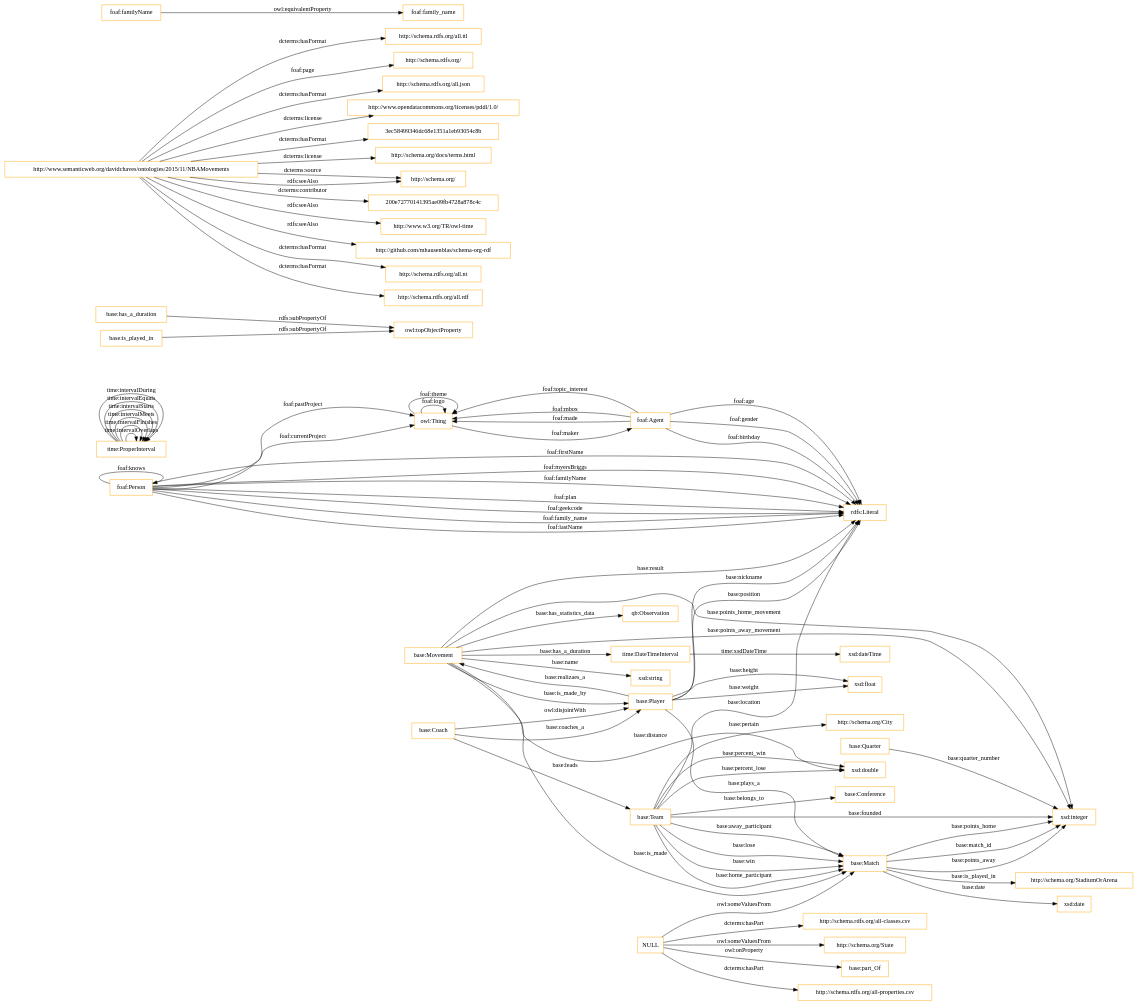
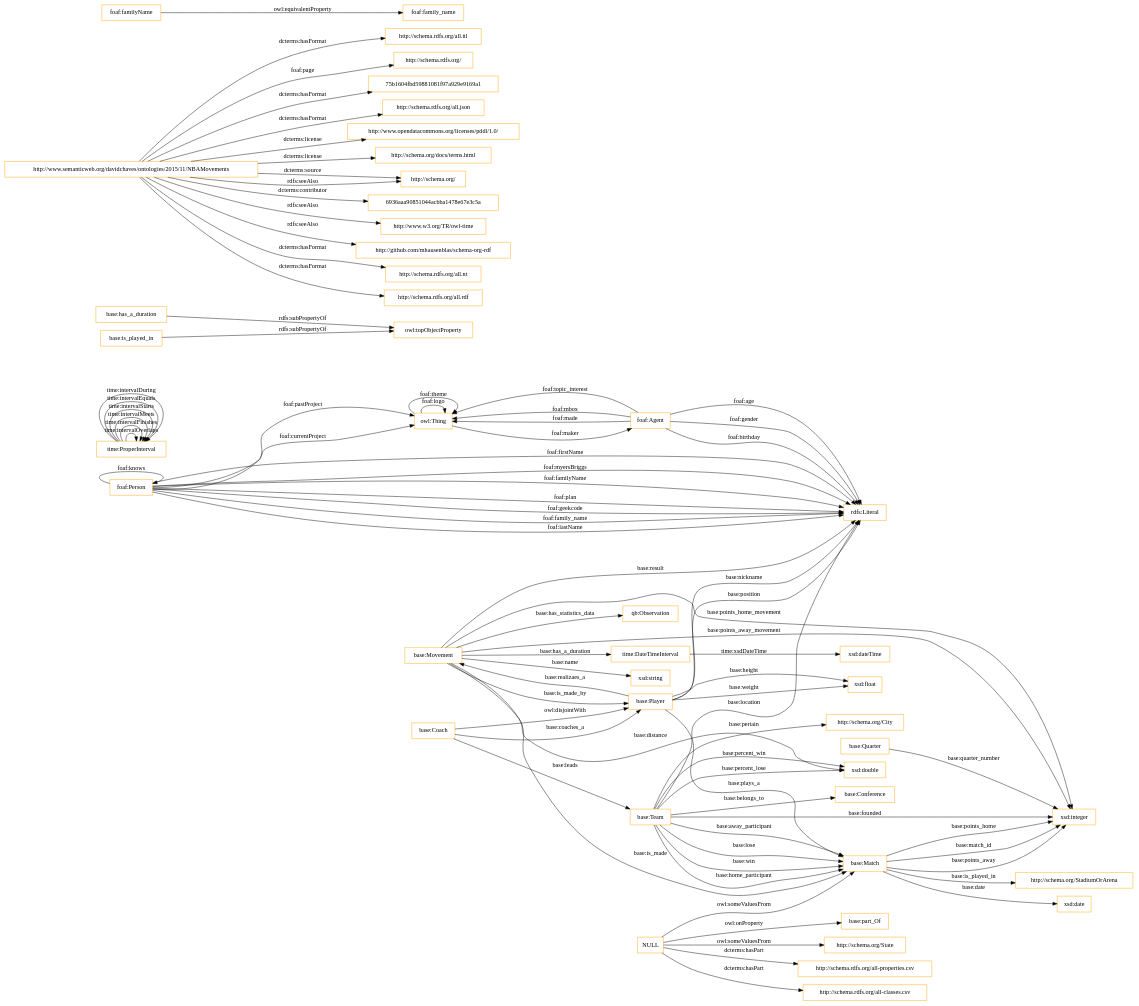
One commit to OnToologyUser/nba-ontology changed the diagram in OnToology/ontology/nba.ttl/diagrams/ar2dtool-class/nba.ttl.png.dot. Above: the diagram before and after it, drawn with Graphviz. The commit also changed 26 other files, not shown here.

```diff
--- a/OnToology/ontology/nba.ttl/diagrams/ar2dtool-class/nba.ttl.png.dot
+++ b/OnToology/ontology/nba.ttl/diagrams/ar2dtool-class/nba.ttl.png.dot
@@ -1,87 +1,87 @@
 digraph ar2dtool_diagram { 
 rankdir=LR;
 size="1501"
 node [shape = rectangle, color="orange"]; "time:DateTimeInterval" "base:Team" "base:Coach" "time:ProperInterval" "http://schema.org/State" "http://schema.org/City" "foaf:Person" "base:Player" "base:Quarter" "http://schema.org/StadiumOrArena" "base:Match" "qb:Observation" "base:Movement" "base:Conference" ; /*classes style*/
 	"base:Coach" -> "base:Player" [ label = "owl:disjointWith" ];
 	"base:has_a_duration" -> "owl:topObjectProperty" [ label = "rdfs:subPropertyOf" ];
 	"http://www.semanticweb.org/davidchaves/ontologies/2015/11/NBAMovements" -> "http://schema.rdfs.org/all.ttl" [ label = "dcterms:hasFormat" ];
 	"http://www.semanticweb.org/davidchaves/ontologies/2015/11/NBAMovements" -> "http://schema.rdfs.org/" [ label = "foaf:page" ];
+	"http://www.semanticweb.org/davidchaves/ontologies/2015/11/NBAMovements" -> "75b1604fbd59881081f97a929e9169a1" [ label = "dcterms:hasFormat" ];
 	"http://www.semanticweb.org/davidchaves/ontologies/2015/11/NBAMovements" -> "http://schema.rdfs.org/all.json" [ label = "dcterms:hasFormat" ];
 	"http://www.semanticweb.org/davidchaves/ontologies/2015/11/NBAMovements" -> "http://www.opendatacommons.org/licenses/pddl/1.0/" [ label = "dcterms:license" ];
-	"http://www.semanticweb.org/davidchaves/ontologies/2015/11/NBAMovements" -> "3ec58499346dc68e1351a1eb93054c8b" [ label = "dcterms:hasFormat" ];
 	"http://www.semanticweb.org/davidchaves/ontologies/2015/11/NBAMovements" -> "http://schema.org/docs/terms.html" [ label = "dcterms:license" ];
 	"http://www.semanticweb.org/davidchaves/ontologies/2015/11/NBAMovements" -> "http://schema.org/" [ label = "dcterms:source" ];
-	"http://www.semanticweb.org/davidchaves/ontologies/2015/11/NBAMovements" -> "200e72770141395ae09fb4728a878c4c" [ label = "dcterms:contributor" ];
+	"http://www.semanticweb.org/davidchaves/ontologies/2015/11/NBAMovements" -> "6936aaa90851044acbba1478e67e3c5a" [ label = "dcterms:contributor" ];
 	"http://www.semanticweb.org/davidchaves/ontologies/2015/11/NBAMovements" -> "http://www.w3.org/TR/owl-time" [ label = "rdfs:seeAlso" ];
 	"http://www.semanticweb.org/davidchaves/ontologies/2015/11/NBAMovements" -> "http://schema.org/" [ label = "rdfs:seeAlso" ];
 	"http://www.semanticweb.org/davidchaves/ontologies/2015/11/NBAMovements" -> "http://github.com/mhausenblas/schema-org-rdf" [ label = "rdfs:seeAlso" ];
 	"http://www.semanticweb.org/davidchaves/ontologies/2015/11/NBAMovements" -> "http://schema.rdfs.org/all.nt" [ label = "dcterms:hasFormat" ];
 	"http://www.semanticweb.org/davidchaves/ontologies/2015/11/NBAMovements" -> "http://schema.rdfs.org/all.rdf" [ label = "dcterms:hasFormat" ];
 	"base:is_played_in" -> "owl:topObjectProperty" [ label = "rdfs:subPropertyOf" ];
 	"foaf:familyName" -> "foaf:family_name" [ label = "owl:equivalentProperty" ];
+	"NULL" -> "http://schema.rdfs.org/all-properties.csv" [ label = "dcterms:hasPart" ];
+	"NULL" -> "http://schema.rdfs.org/all-classes.csv" [ label = "dcterms:hasPart" ];
 	"NULL" -> "base:Match" [ label = "owl:someValuesFrom" ];
 	"NULL" -> "http://schema.org/State" [ label = "owl:someValuesFrom" ];
 	"NULL" -> "base:part_Of" [ label = "owl:onProperty" ];
-	"NULL" -> "http://schema.rdfs.org/all-properties.csv" [ label = "dcterms:hasPart" ];
-	"NULL" -> "http://schema.rdfs.org/all-classes.csv" [ label = "dcterms:hasPart" ];
 	"base:Team" -> "http://schema.org/City" [ label = "base:pertain" ];
 	"base:Match" -> "xsd:integer" [ label = "base:points_away" ];
 	"base:Movement" -> "xsd:string" [ label = "base:name" ];
 	"base:Player" -> "rdfs:Literal" [ label = "base:position" ];
 	"base:Team" -> "xsd:integer" [ label = "base:founded" ];
 	"base:Player" -> "xsd:float" [ label = "base:weight" ];
 	"base:Movement" -> "base:Match" [ label = "base:is_made" ];
 	"base:Movement" -> "base:Player" [ label = "base:is_made_by" ];
 	"base:Team" -> "base:Match" [ label = "base:away_participant" ];
 	"foaf:Person" -> "owl:Thing" [ label = "foaf:pastProject" ];
 	"time:ProperInterval" -> "time:ProperInterval" [ label = "time:intervalOverlaps" ];
 	"foaf:Person" -> "rdfs:Literal" [ label = "foaf:firstName" ];
 	"base:Player" -> "base:Movement" [ label = "base:realizaes_a" ];
 	"base:Team" -> "base:Conference" [ label = "base:belongs_to" ];
 	"time:DateTimeInterval" -> "xsd:dateTime" [ label = "time:xsdDateTime" ];
 	"foaf:Agent" -> "owl:Thing" [ label = "foaf:topic_interest" ];
 	"base:Match" -> "xsd:date" [ label = "base:date" ];
 	"base:Player" -> "rdfs:Literal" [ label = "base:nickname" ];
 	"base:Team" -> "rdfs:Literal" [ label = "base:location" ];
 	"base:Match" -> "xsd:integer" [ label = "base:points_home" ];
 	"base:Team" -> "xsd:double" [ label = "base:percent_win" ];
 	"foaf:Agent" -> "rdfs:Literal" [ label = "foaf:gender" ];
 	"base:Match" -> "xsd:integer" [ label = "base:match_id" ];
 	"base:Team" -> "base:Match" [ label = "base:lose" ];
 	"base:Movement" -> "xsd:integer" [ label = "base:points_away_movement" ];
 	"base:Movement" -> "rdfs:Literal" [ label = "base:result" ];
 	"base:Team" -> "base:Match" [ label = "base:win" ];
 	"base:Player" -> "xsd:float" [ label = "base:height" ];
 	"time:ProperInterval" -> "time:ProperInterval" [ label = "time:intervalFinishes" ];
 	"owl:Thing" -> "foaf:Agent" [ label = "foaf:maker" ];
 	"base:Team" -> "base:Match" [ label = "base:home_participant" ];
 	"base:Movement" -> "time:DateTimeInterval" [ label = "base:has_a_duration" ];
 	"foaf:Person" -> "rdfs:Literal" [ label = "foaf:myersBriggs" ];
 	"foaf:Person" -> "rdfs:Literal" [ label = "foaf:familyName" ];
 	"time:ProperInterval" -> "time:ProperInterval" [ label = "time:intervalMeets" ];
 	"base:Movement" -> "xsd:double" [ label = "base:distance" ];
 	"foaf:Agent" -> "owl:Thing" [ label = "foaf:mbox" ];
 	"foaf:Person" -> "foaf:Person" [ label = "foaf:knows" ];
 	"owl:Thing" -> "owl:Thing" [ label = "foaf:logo" ];
 	"owl:Thing" -> "owl:Thing" [ label = "foaf:theme" ];
 	"base:Coach" -> "base:Team" [ label = "base:leads" ];
 	"time:ProperInterval" -> "time:ProperInterval" [ label = "time:intervalStarts" ];
 	"foaf:Person" -> "rdfs:Literal" [ label = "foaf:plan" ];
 	"foaf:Person" -> "rdfs:Literal" [ label = "foaf:geekcode" ];
 	"base:Team" -> "xsd:double" [ label = "base:percent_lose" ];
 	"foaf:Person" -> "rdfs:Literal" [ label = "foaf:family_name" ];
 	"base:Movement" -> "qb:Observation" [ label = "base:has_statistics_data" ];
 	"base:Coach" -> "base:Player" [ label = "base:coaches_a" ];
 	"base:Movement" -> "xsd:integer" [ label = "base:points_home_movement" ];
 	"foaf:Agent" -> "owl:Thing" [ label = "foaf:made" ];
 	"foaf:Person" -> "owl:Thing" [ label = "foaf:currentProject" ];
 	"time:ProperInterval" -> "time:ProperInterval" [ label = "time:intervalEquals" ];
 	"time:ProperInterval" -> "time:ProperInterval" [ label = "time:intervalDuring" ];
 	"foaf:Person" -> "rdfs:Literal" [ label = "foaf:lastName" ];
 	"foaf:Agent" -> "rdfs:Literal" [ label = "foaf:birthday" ];
 	"base:Player" -> "base:Match" [ label = "base:plays_a" ];
 	"base:Match" -> "http://schema.org/StadiumOrArena" [ label = "base:is_played_in" ];
 	"foaf:Agent" -> "rdfs:Literal" [ label = "foaf:age" ];
 	"base:Quarter" -> "xsd:integer" [ label = "base:quarter_number" ];
 
 }
```
